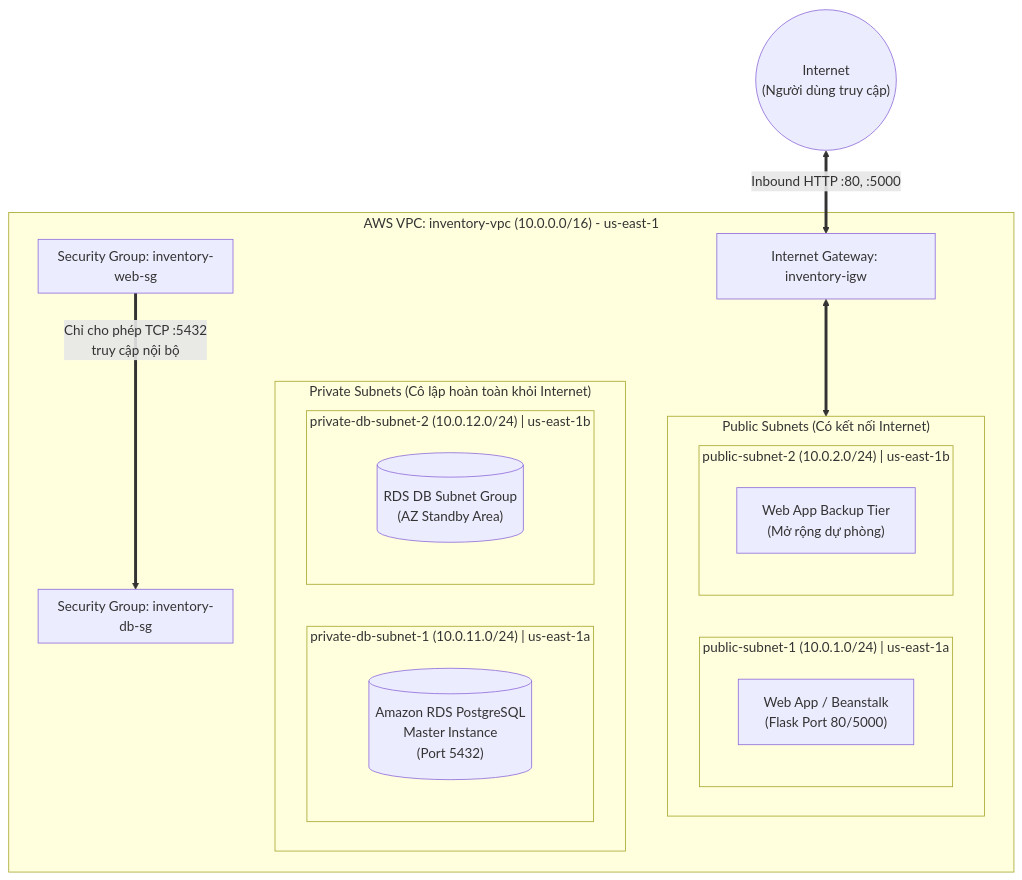
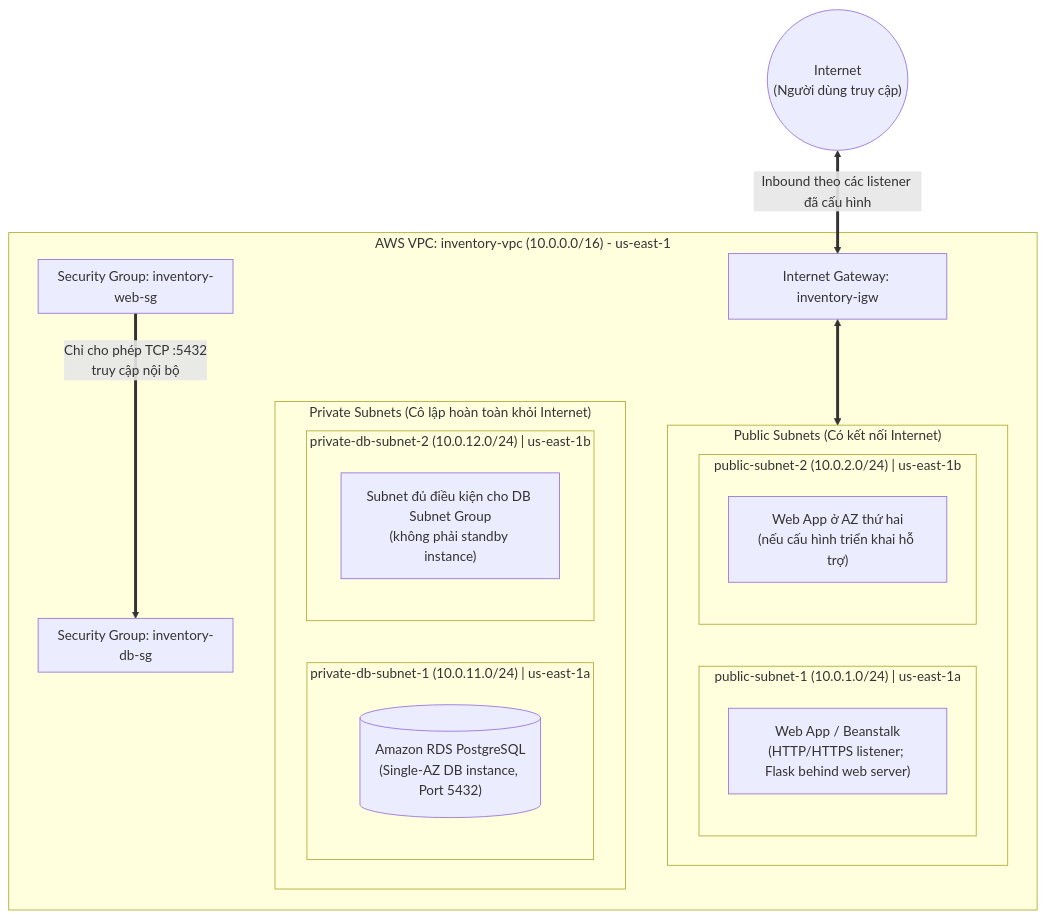
Before and after one commit to qilskcter/inventory-app: the second of 2 diagrams in documents/week_1/week1.md, drawn with Mermaid. The commit also changed other lines of this file, not shown here.

````diff
--- a/documents/week_1/week1.md
+++ b/documents/week_1/week1.md
@@ -388,41 +284,40 @@
 ```mermaid
 flowchart TB
     Internet(("Internet\n(Người dùng truy cập)"))
 
     subgraph VPC ["AWS VPC: inventory-vpc (10.0.0.0/16) - us-east-1"]
         IGW["Internet Gateway: inventory-igw"]
 
         subgraph PublicZone ["Public Subnets (Có kết nối Internet)"]
             subgraph PubSubnet1 ["public-subnet-1 (10.0.1.0/24) | us-east-1a"]
-                WebApp1["Web App / Beanstalk\n(Flask Port 80/5000)"]
+                WebApp1["Web App / Beanstalk\n(HTTP/HTTPS listener; Flask behind web server)"]
             end
             subgraph PubSubnet2 ["public-subnet-2 (10.0.2.0/24) | us-east-1b"]
-                WebApp2["Web App Backup Tier\n(Mở rộng dự phòng)"]
+                WebApp2["Web App ở AZ thứ hai\n(nếu cấu hình triển khai hỗ trợ)"]
             end
         end
 
         subgraph SecurityGroupWeb ["Security Group: inventory-web-sg"]
             WebApp1
             WebApp2
         end
 
         subgraph PrivateZone ["Private Subnets (Cô lập hoàn toàn khỏi Internet)"]
             subgraph PrivSubnet1 ["private-db-subnet-1 (10.0.11.0/24) | us-east-1a"]
-                RDSMaster[("Amazon RDS PostgreSQL\nMaster Instance\n(Port 5432)")]
+                RDSMaster[("Amazon RDS PostgreSQL\n(Single-AZ DB instance, Port 5432)")]
             end
             subgraph PrivSubnet2 ["private-db-subnet-2 (10.0.12.0/24) | us-east-1b"]
-                RDSStandby[("RDS DB Subnet Group\n(AZ Standby Area)")]
+                DBSubnetAZ2["Subnet đủ điều kiện cho DB Subnet Group\n(không phải standby instance)"]
             end
         end
 
         subgraph SecurityGroupDB ["Security Group: inventory-db-sg"]
             RDSMaster
-            RDSStandby
         end
     end
 
-    Internet <==>|Inbound HTTP :80, :5000| IGW
+    Internet <==>|Inbound theo các listener đã cấu hình| IGW
     IGW <==> PublicZone
 
     SecurityGroupWeb ==>|Chỉ cho phép TCP :5432\ntruy cập nội bộ| SecurityGroupDB
 ```
````
